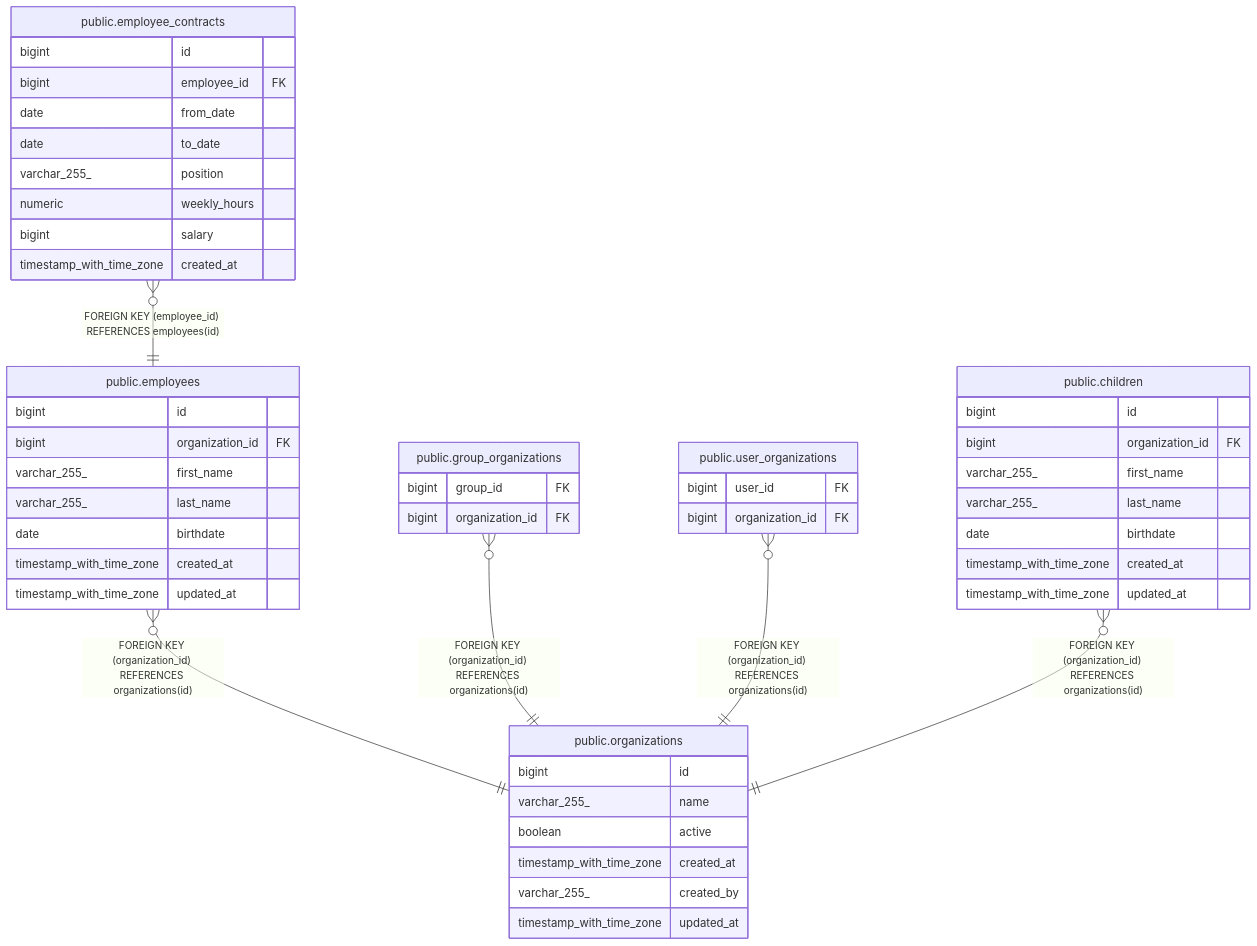
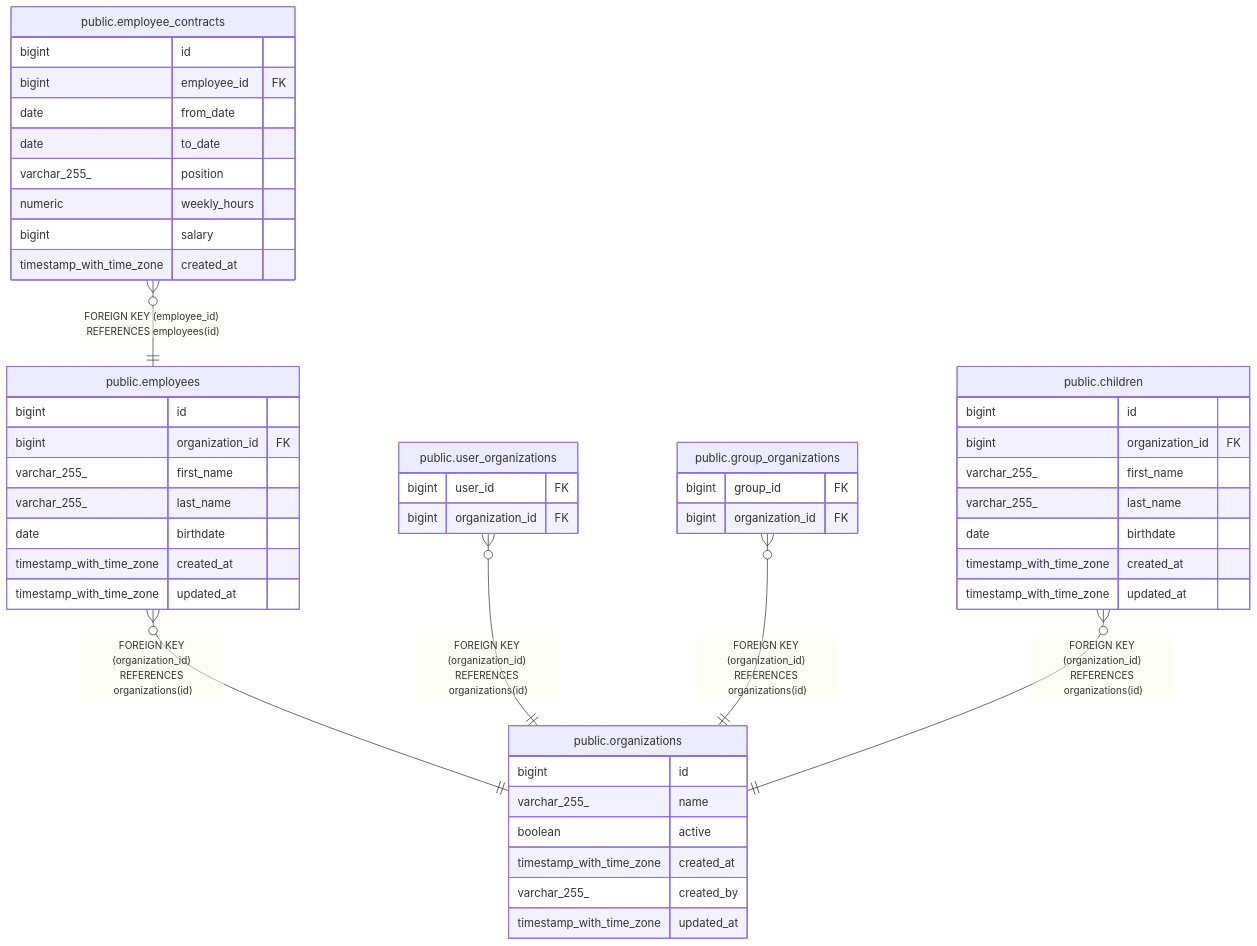
One commit to toabctl/kitamanager-go changed the diagram in docs/schema/public.employees.md. Above: the diagram before and after it, drawn with Mermaid. The commit also changed other lines of this file and 12 other files, not shown here.

Commit message:
Regenerate schema docs with PostgreSQL 18

````diff
--- a/docs/schema/public.employees.md
+++ b/docs/schema/public.employees.md
@@ -33,54 +38,54 @@
 ```mermaid
 erDiagram
 
 "public.employee_contracts" }o--|| "public.employees" : "FOREIGN KEY (employee_id) REFERENCES employees(id)"
 "public.employees" }o--|| "public.organizations" : "FOREIGN KEY (organization_id) REFERENCES organizations(id)"
+"public.user_organizations" }o--|| "public.organizations" : "FOREIGN KEY (organization_id) REFERENCES organizations(id)"
 "public.group_organizations" }o--|| "public.organizations" : "FOREIGN KEY (organization_id) REFERENCES organizations(id)"
-"public.user_organizations" }o--|| "public.organizations" : "FOREIGN KEY (organization_id) REFERENCES organizations(id)"
 "public.children" }o--|| "public.organizations" : "FOREIGN KEY (organization_id) REFERENCES organizations(id)"
 
 "public.employees" {
   bigint id
   bigint organization_id FK
   varchar_255_ first_name
   varchar_255_ last_name
   date birthdate
   timestamp_with_time_zone created_at
   timestamp_with_time_zone updated_at
 }
 "public.employee_contracts" {
   bigint id
   bigint employee_id FK
   date from_date
   date to_date
   varchar_255_ position
   numeric weekly_hours
   bigint salary
   timestamp_with_time_zone created_at
 }
 "public.organizations" {
   bigint id
   varchar_255_ name
   boolean active
   timestamp_with_time_zone created_at
   varchar_255_ created_by
   timestamp_with_time_zone updated_at
 }
+"public.user_organizations" {
+  bigint user_id FK
+  bigint organization_id FK
+}
 "public.group_organizations" {
   bigint group_id FK
-  bigint organization_id FK
-}
-"public.user_organizations" {
-  bigint user_id FK
   bigint organization_id FK
 }
 "public.children" {
   bigint id
   bigint organization_id FK
   varchar_255_ first_name
   varchar_255_ last_name
   date birthdate
   timestamp_with_time_zone created_at
   timestamp_with_time_zone updated_at
 }
 ```
````
